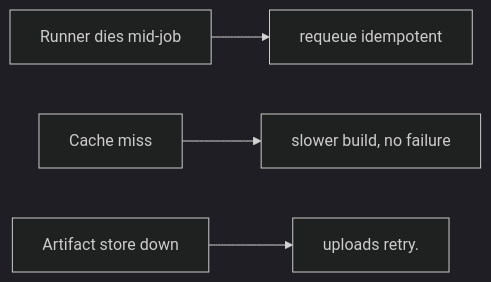
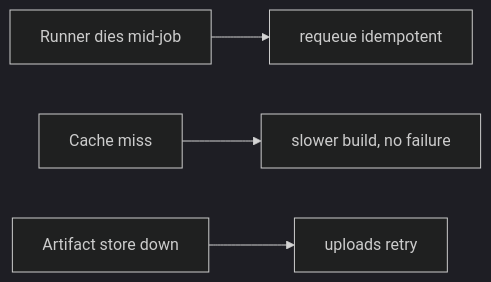
One commit to RIT-MESH/system-design-mastery changed the third of 3 diagrams in case-studies/advanced/ci-platform.md. Above: the diagram before and after it, drawn with Mermaid (dark theme). The commit also changed other lines of this file and 215 other files, not shown here.

First line of the commit message:
Complete all remaining work: expand case studies, add 13 AI case studies, fix diagrams, status to Complete

````diff
--- a/case-studies/advanced/ci-platform.md
+++ b/case-studies/advanced/ci-platform.md
@@ -135,13 +167,13 @@
 ```mermaid
 %% created-for: system-design-mastery
 flowchart LR
   C1["Runner dies mid-job"]
   R2["requeue idempotent"]
   C1 --> R2
   C3["Cache miss"]
   R4["slower build, no failure"]
   C3 --> R4
   C5["Artifact store down"]
-  R6["uploads retry."]
+  R6["uploads retry"]
   C5 --> R6
 ```
````
